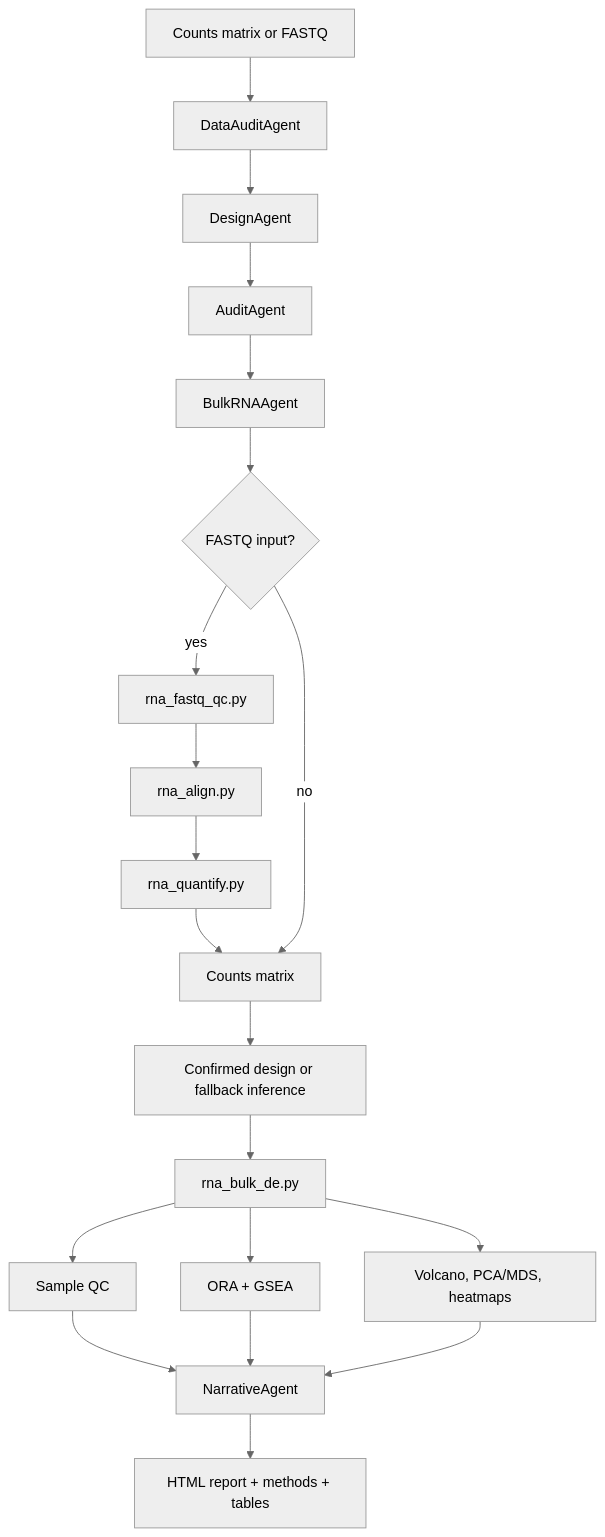
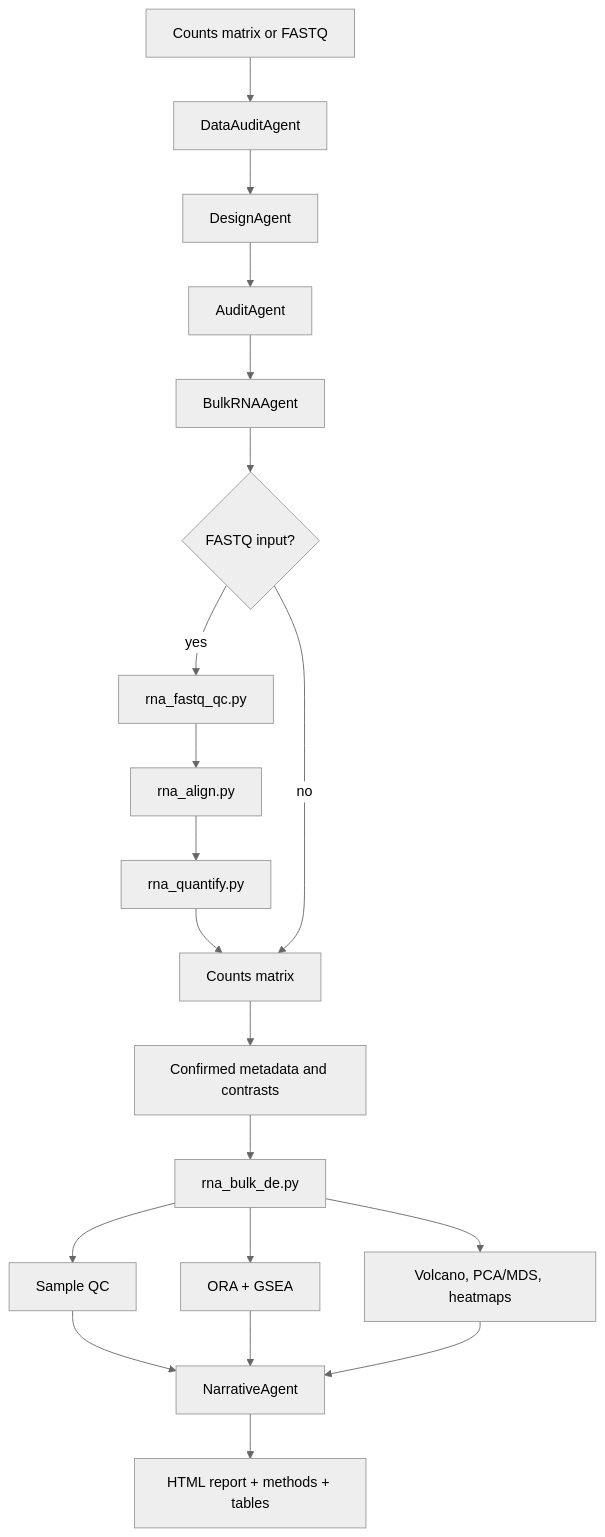
One commit to Olascoaga/aria-omics changed the diagram in docs/diagrams/bulk_rna_flow.mmd. Above: the diagram before and after it, drawn with Mermaid (neutral theme). The commit also changed 19 other files, not shown here.

```diff
--- a/docs/diagrams/bulk_rna_flow.mmd
+++ b/docs/diagrams/bulk_rna_flow.mmd
@@ -1,20 +1,20 @@
 flowchart TD
     I[Counts matrix or FASTQ] --> DA[DataAuditAgent]
     DA --> D[DesignAgent]
     D --> A[AuditAgent]
     A --> BR[BulkRNAAgent]
     BR --> T{FASTQ input?}
     T -->|yes| FQ[rna_fastq_qc.py]
     FQ --> ALN[rna_align.py]
     ALN --> QNT[rna_quantify.py]
     QNT --> COUNTS[Counts matrix]
     T -->|no| COUNTS
-    COUNTS --> DESIGN[Confirmed design or fallback inference]
+    COUNTS --> DESIGN[Confirmed metadata and contrasts]
     DESIGN --> DE[rna_bulk_de.py]
     DE --> QC[Sample QC]
     DE --> PW[ORA + GSEA]
     DE --> FIG[Volcano, PCA/MDS, heatmaps]
     QC --> N[NarrativeAgent]
     PW --> N[NarrativeAgent]
     FIG --> N
     N --> R[HTML report + methods + tables]
```
